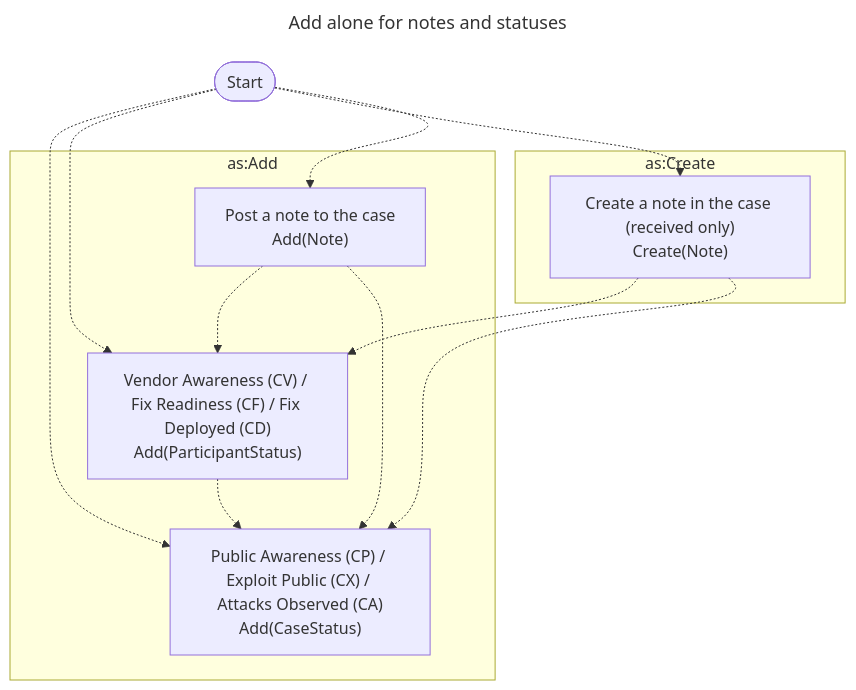
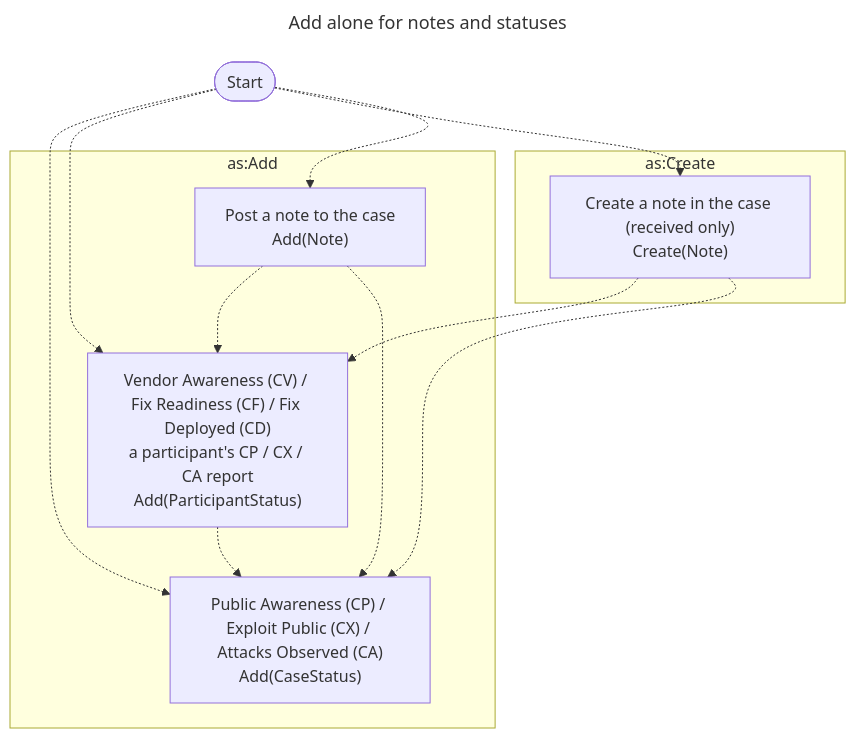
One commit to CERTCC/Vultron changed the second of 4 diagrams in docs/topics/activity_vocabulary_design.md. Above: the diagram before and after it, drawn with Mermaid. The commit also changed other lines of this file and 4 other files, not shown here.

````diff
--- a/docs/topics/activity_vocabulary_design.md
+++ b/docs/topics/activity_vocabulary_design.md
@@ -119,24 +120,24 @@
 ```mermaid
 ---
 title: Add alone for notes and statuses
 ---
 flowchart TB
     subgraph as:Add
         AddNoteToCase["Post a note to the case<br/>Add(Note)"]
         AddStatusToCase["Public Awareness (CP) / Exploit Public (CX) / Attacks Observed (CA)<br/>Add(CaseStatus)"]
-        AddStatusToParticipant["Vendor Awareness (CV) / Fix Readiness (CF) / Fix Deployed (CD)<br/>Add(ParticipantStatus)"]
+        AddStatusToParticipant["Vendor Awareness (CV) / Fix Readiness (CF) / Fix Deployed (CD)<br/>a participant's CP / CX / CA report<br/>Add(ParticipantStatus)"]
     end
     subgraph as:Create
         CreateNote["Create a note in the case (received only)<br/>Create(Note)"]
     end
     start([Start])
     start -.-> AddStatusToCase
     start -.-> AddStatusToParticipant
     start -.-> CreateNote
     start -.-> AddNoteToCase
     AddStatusToParticipant -.-> AddStatusToCase
     CreateNote -.-> AddStatusToParticipant
     CreateNote -.-> AddStatusToCase
     AddNoteToCase -.-> AddStatusToParticipant
     AddNoteToCase -.-> AddStatusToCase
 ```
````
